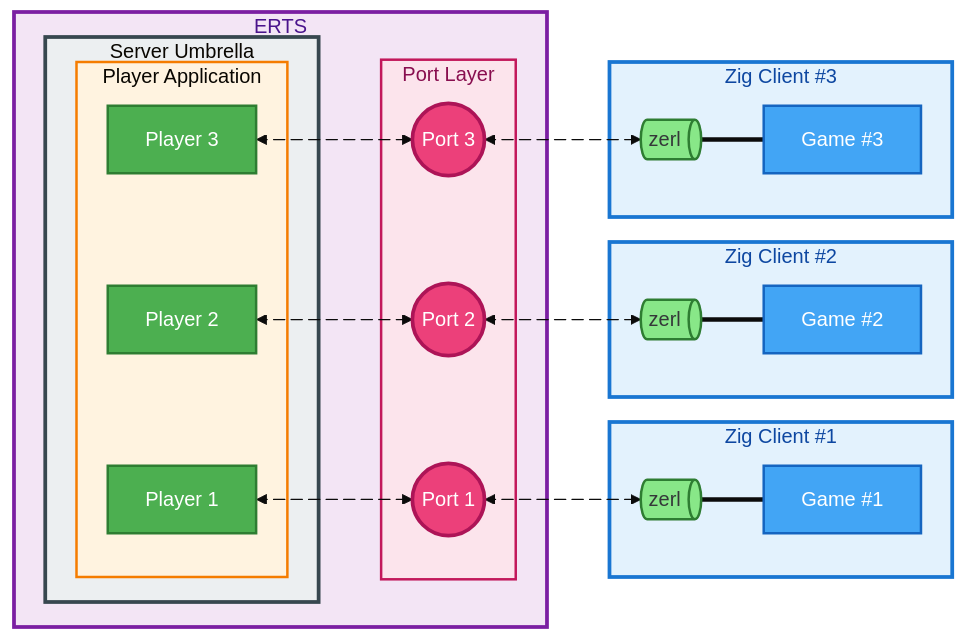
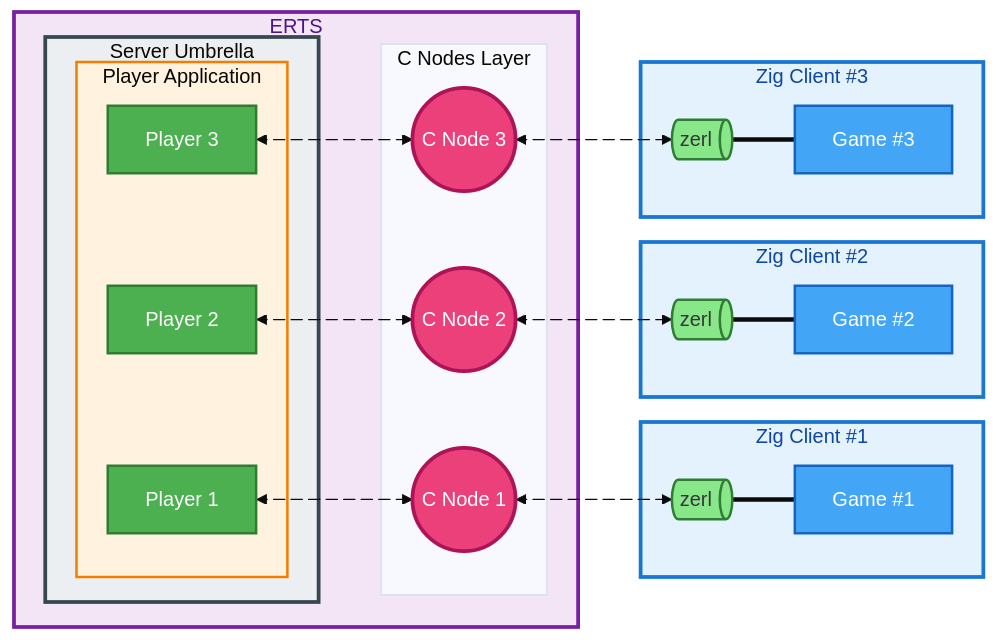
The second of 2 diagrams in server/README.md (Dr-Nekoma/lyceum), drawn with Mermaid (base theme) before and after one commit. The commit also changed other lines of this file and 50 other files, not shown here.

````diff
--- a/server/README.md
+++ b/server/README.md
@@ -158,24 +158,24 @@
             end
         end
 
-        subgraph PortLayer["Port Layer"]
-            Port1((Port 1))
-            Port2((Port 2))
-            Port3((Port 3))
+        subgraph CNodes["C Nodes Layer"]
+            CN1((C Node 1))
+            CN2((C Node 2))
+            CN3((C Node 3))
         end
         
-        P1 p1_pt1@<--> Port1
-        P2 p2_pt2@<--> Port2
-        P3 p3_pt3@<--> Port3
+        P1 p1_pt1@<--> CN1
+        P2 p2_pt2@<--> CN2
+        P3 p3_pt3@<--> CN3
 
         p1_pt1@{animation: "fast"}
         p2_pt2@{animation: "fast"}
         p3_pt3@{animation: "fast"}
     end
 
-    Port1 pt1_z@<--> Zerl1
-    Port2 pt2_z@<--> Zerl2
-    Port3 pt3_z@<--> Zerl3
+    CN1 pt1_z@<--> Zerl1
+    CN2 pt2_z@<--> Zerl2
+    CN3 pt3_z@<--> Zerl3
 
     pt1_z@{animation: "fast"}
     pt2_z@{animation: "fast"}
@@ -187,12 +187,12 @@
     class Server serverBg
 
     class P1,P2,P3 process
-    class Port1,Port2,Port3 port
+    class CN1,CN2,CN3 cnode
 
     %% Enhanced Styling
     classDef clientBg fill:#e3f2fd,stroke:#1976d2,stroke-width:3px,color:#0d47a1
     classDef beamBg fill:#f3e5f5,stroke:#7b1fa2,stroke-width:3px,color:#4a148c
-    classDef portLayerBg fill:#fce4ec,stroke:#c2185b,stroke-width:2px,color:#880e4f
+    classDef CNodeBg fill:#fce4ec,stroke:#c2185b,stroke-width:2px,color:#880e4f
     classDef playerBg fill:#FFF3E0,stroke:#F57C00,stroke-width:2px
     classDef serverBg fill:#ECEFF1,stroke:#37474F,stroke-width:3px
 
@@ -200,17 +200,17 @@
     classDef zerlNode fill:#88E788,stroke:#2e7d32,stroke-width:2px,color:#353839
     classDef playerNode fill:#ff9800,stroke:#ef6c00,stroke-width:2px,color:#ffffff
     classDef process fill:#4CAF50,color:#ffffff,stroke:#2E7D32,stroke-width:2px
-    classDef portNode fill:#ec407a,stroke:#ad1457,stroke-width:3px,color:#ffffff
+    classDef cNode fill:#ec407a,stroke:#ad1457,stroke-width:3px,color:#ffffff
     
     %% Apply classes to subgraphs and nodes
     class Client1,Client2,Client3 clientBg
     class BEAM beamBg
     class Server serverBg
     class Player playerBg
-    class PortLayer portLayerBg
+    class CNode CNodeBg
     
     class Game1,Game2,Game3 gameNode
     class Zerl1,Zerl2,Zerl3 zerlNode
     class P1,P2,P3 process
-    class Port1,Port2,Port3 portNode
+    class CN1,CN2,CN3 cNode
 ```
````
